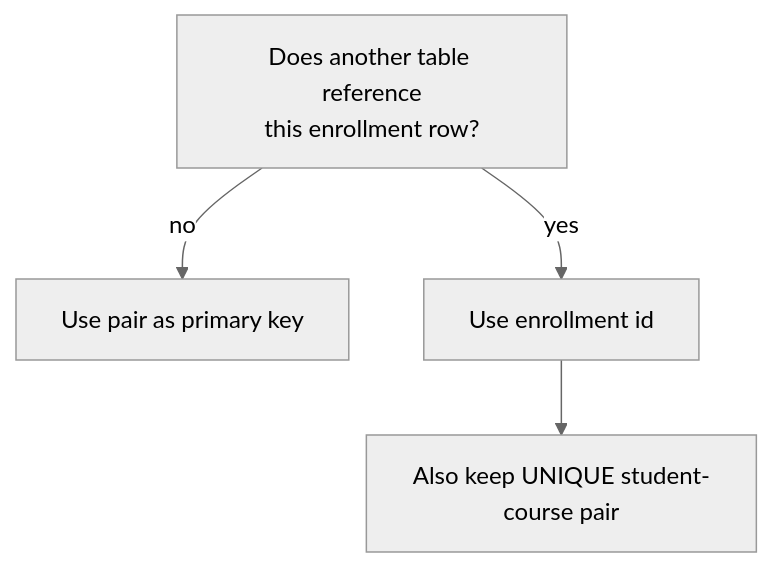
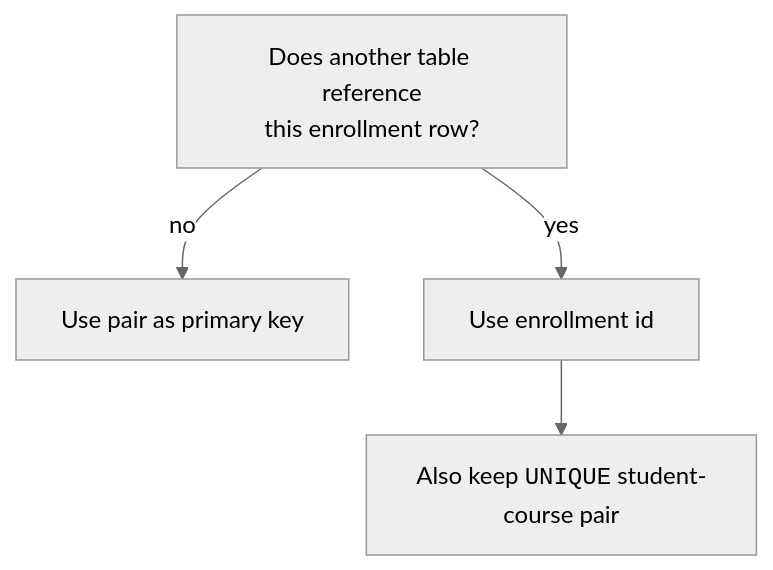
The fifth of 5 diagrams in content/courses/database-design-postgresql/junction-tables.mdx (dataslope/dataslope), drawn with Mermaid (neutral theme) before and after one commit. The commit also changed 52 other files, not shown here.

First line of the commit message:
Set SQL keywords in mermaid labels as code, and 10 more breakdowns

````diff
--- a/content/courses/database-design-postgresql/junction-tables.mdx
+++ b/content/courses/database-design-postgresql/junction-tables.mdx
@@ -267,6 +267,6 @@
 ```mermaid
 flowchart TB
     Need["Does another table reference<br/>this enrollment row?"] -->|"no"| Composite["Use pair as primary key"]
     Need -->|"yes"| Surrogate["Use enrollment id"]
-    Surrogate --> Unique["Also keep UNIQUE student-course pair"]
+    Surrogate --> Unique["Also keep <code>UNIQUE</code> student-course pair"]
 ```
````
